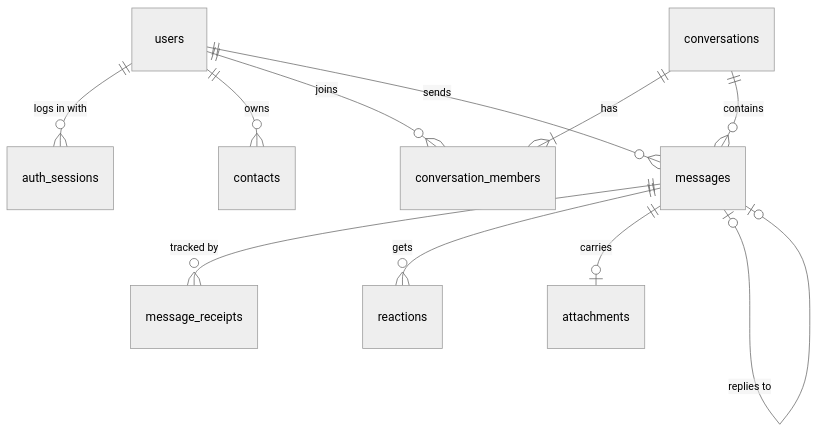
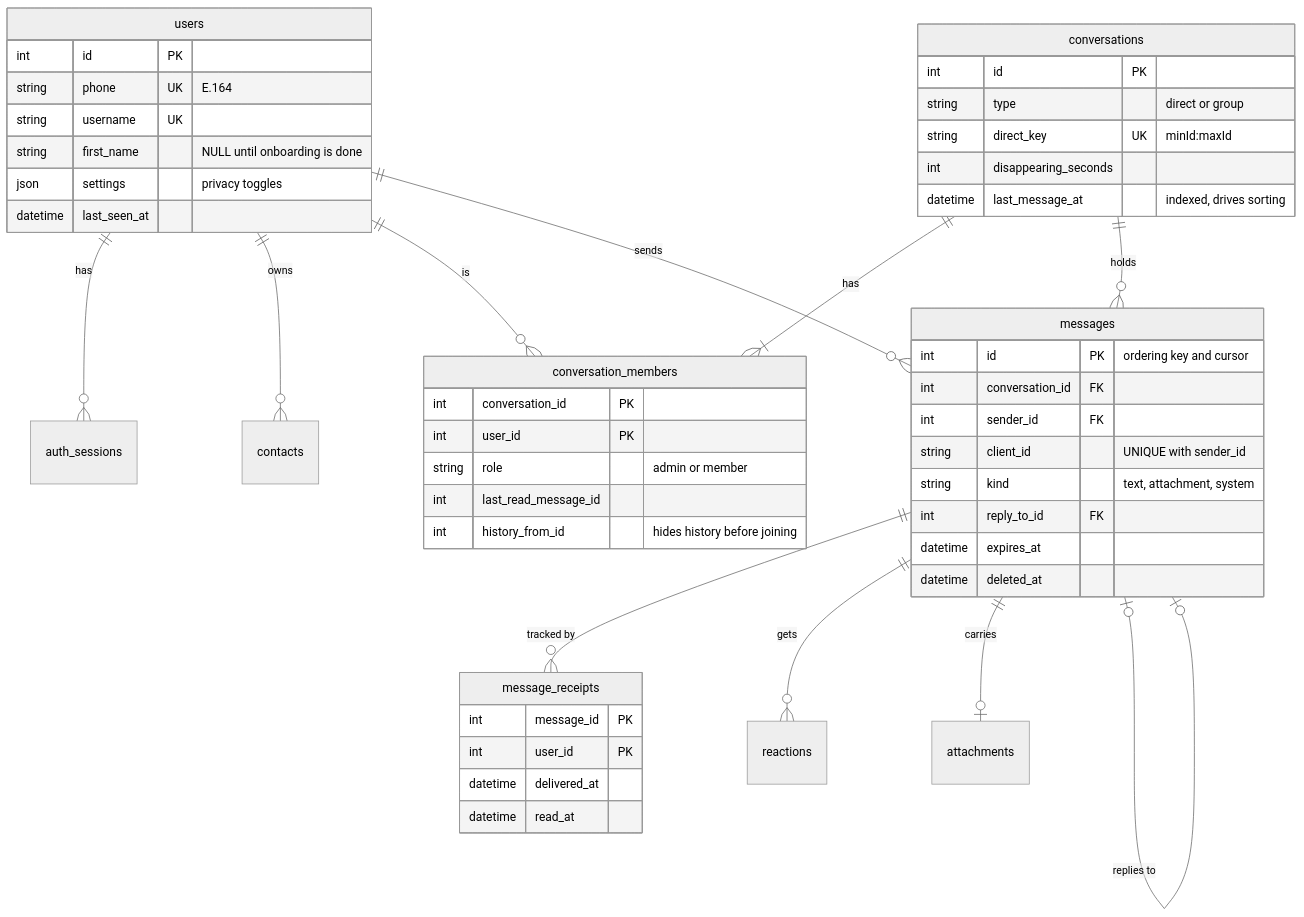
The fourth of 4 diagrams in README.md (SanyamWadhwa07/signal-clone), drawn with Mermaid (neutral theme) before and after one commit. The commit also changed other lines of this file and 7 other files, not shown here.

Commit message:
fix: clipped modal focus ring, menu overflow and Esc handling docs: rewrite README with diagrams, add demo video

````diff
--- a/README.md
+++ b/README.md
@@ -151,13 +190,52 @@
 ```mermaid
 erDiagram
-    users ||--o{ auth_sessions : "logs in with"
+    users ||--o{ auth_sessions : "has"
     users ||--o{ contacts : "owns"
-    users ||--o{ conversation_members : "joins"
+    users ||--o{ conversation_members : "is"
     conversations ||--|{ conversation_members : "has"
-    conversations ||--o{ messages : "contains"
+    conversations ||--o{ messages : "holds"
     users ||--o{ messages : "sends"
     messages ||--o{ message_receipts : "tracked by"
     messages ||--o{ reactions : "gets"
     messages ||--o| attachments : "carries"
     messages |o--o| messages : "replies to"
+
+    users {
+        int id PK
+        string phone UK "E.164"
+        string username UK
+        string first_name "NULL until onboarding is done"
+        json settings "privacy toggles"
+        datetime last_seen_at
+    }
+    conversations {
+        int id PK
+        string type "direct or group"
+        string direct_key UK "minId:maxId"
+        int disappearing_seconds
+        datetime last_message_at "indexed, drives sorting"
+    }
+    conversation_members {
+        int conversation_id PK
+        int user_id PK
+        string role "admin or member"
+        int last_read_message_id
+        int history_from_id "hides history before joining"
+    }
+    messages {
+        int id PK "ordering key and cursor"
+        int conversation_id FK
+        int sender_id FK
+        string client_id "UNIQUE with sender_id"
+        string kind "text, attachment, system"
+        int reply_to_id FK
+        datetime expires_at
+        datetime deleted_at
+    }
+    message_receipts {
+        int message_id PK
+        int user_id PK
+        datetime delivered_at
+        datetime read_at
+    }
 ```
````
